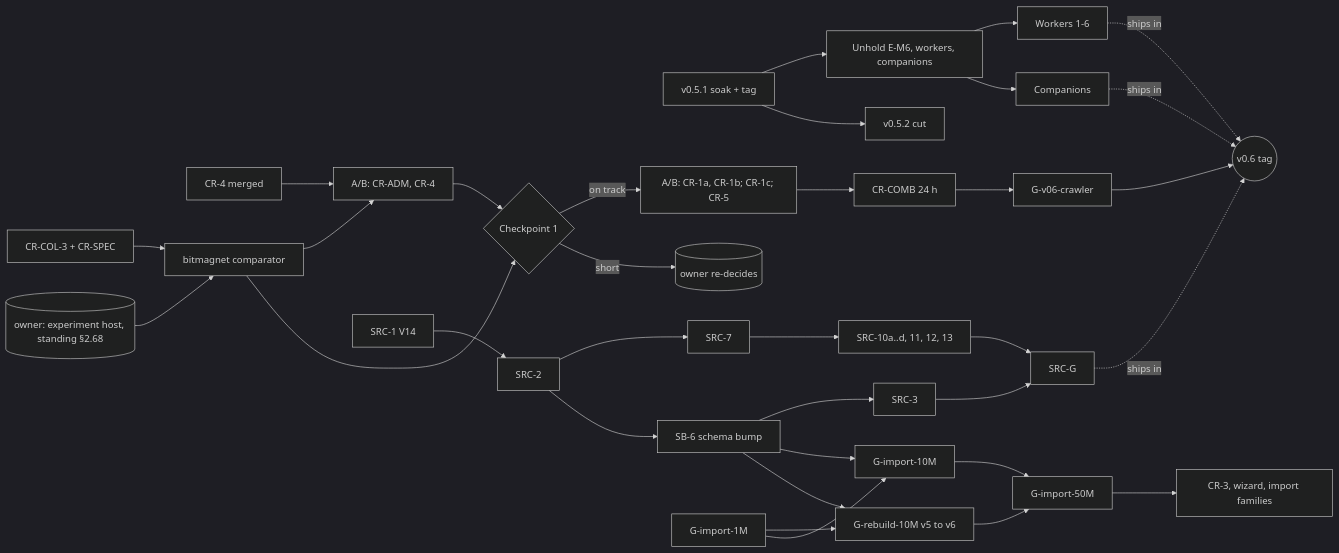
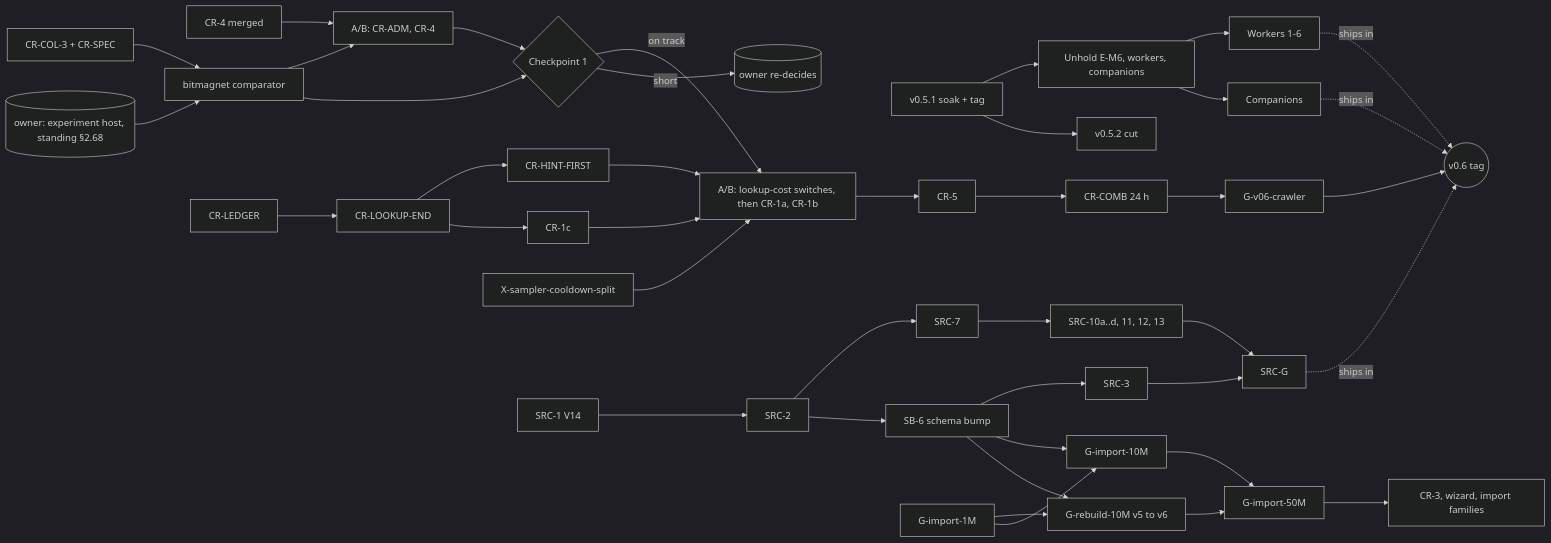
One commit to dvortsis/lodestar-v2 changed the diagram in docs/build-plan.md. Above: the diagram before and after it, drawn with Mermaid (dark theme). The commit also changed other lines of this file and 4 other files, not shown here.

First line of the commit message:
Plan the crawler's path to 100 from the CR-0 ledger (r5)

````diff
--- a/docs/build-plan.md
+++ b/docs/build-plan.md
@@ -361,25 +402,31 @@
 ```mermaid
 flowchart LR
   R[v0.5.1 soak + tag] --> EP[Unhold E-M6, workers, companions]
   R --> V52[v0.5.2 cut]
   CR4[CR-4 merged] --> AB[A/B: CR-ADM, CR-4]
   TOOL[CR-COL-3 + CR-SPEC] --> COMP
   HOST[(owner: experiment host, standing §2.68)] --> COMP[bitmagnet comparator]
   COMP --> AB
   COMP --> CP1{Checkpoint 1}
   AB --> CP1
-  CP1 -->|on track| AB2[A/B: CR-1a, CR-1b; CR-1c; CR-5] --> COMB[CR-COMB 24 h] --> G6C[G-v06-crawler]
+  LEDGER[CR-LEDGER] --> LEND[CR-LOOKUP-END] --> HINT[CR-HINT-FIRST]
+  LEND --> C1C[CR-1c]
+  SPLIT[X-sampler-cooldown-split]
+  HINT --> AB2
+  C1C --> AB2
+  SPLIT --> AB2
+  CP1 -->|on track| AB2[A/B: lookup-cost switches, then CR-1a, CR-1b] --> T5[CR-5] --> COMB[CR-COMB 24 h] --> G6C[G-v06-crawler]
   CP1 -->|short| OWN[(owner re-decides)]
   SRC1[SRC-1 V14] --> SRC2[SRC-2] --> SRC7[SRC-7]
   SRC7 --> SRC10[SRC-10a..d, 11, 12, 13] --> SRCG[SRC-G]
   SRC2 --> SB6[SB-6 schema bump] --> SRC3[SRC-3] --> SRCG
   SB6 --> I10[G-import-10M]
   SB6 --> RB10[G-rebuild-10M v5 to v6]
   I1 --> RB10
   RB10 --> I50
   I1[G-import-1M] --> I10 --> I50[G-import-50M] --> CR3[CR-3, wizard, import families]
   EP --> W[Workers 1-6] -.ships in.-> V06
   G6C --> V06((v0.6 tag))
   SRCG -.ships in.-> V06
   EP --> K[Companions] -.ships in.-> V06
 ```
````
